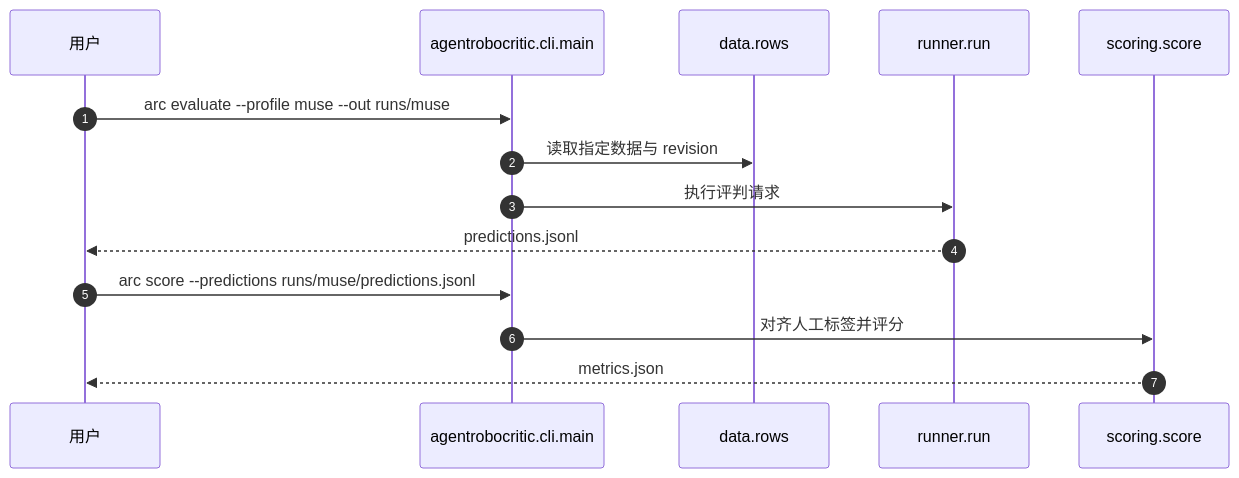
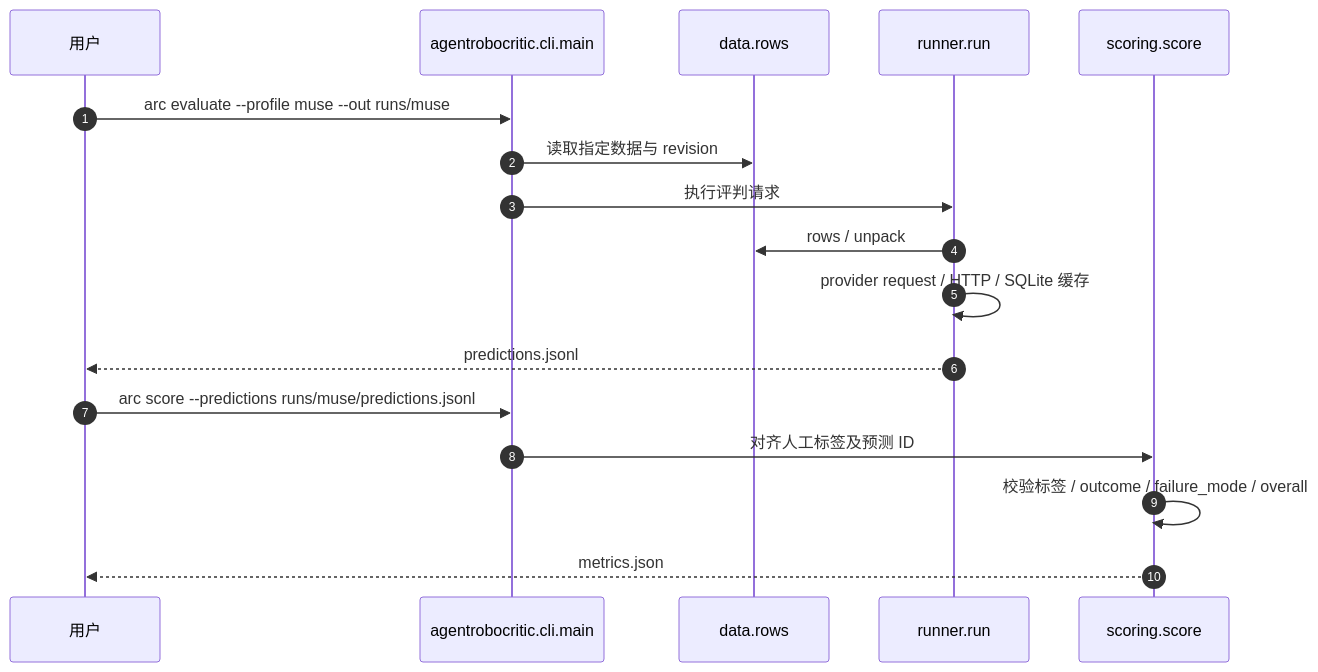
One commit to ImChong/Robotics_Notebooks changed the second of 2 diagrams in wiki/entities/paper-agentrobocritic.md. Above: the diagram before and after it, drawn with Mermaid. The commit also changed other lines of this file and 13 other files, not shown here.

````diff
--- a/wiki/entities/paper-agentrobocritic.md
+++ b/wiki/entities/paper-agentrobocritic.md
@@ -77,16 +82,19 @@
 ```mermaid
 sequenceDiagram
     autonumber
     participant U as 用户
     participant C as agentrobocritic.cli.main
     participant D as data.rows
     participant R as runner.run
     participant S as scoring.score
     U->>C: arc evaluate --profile muse --out runs/muse
     C->>D: 读取指定数据与 revision
     C->>R: 执行评判请求
+    R->>D: rows / unpack
+    R->>R: provider request / HTTP / SQLite 缓存
     R-->>U: predictions.jsonl
     U->>C: arc score --predictions runs/muse/predictions.jsonl
-    C->>S: 对齐人工标签并评分
+    C->>S: 对齐人工标签及预测 ID
+    S->>S: 校验标签 / outcome / failure_mode / overall
     S-->>U: metrics.json
 ```
````
